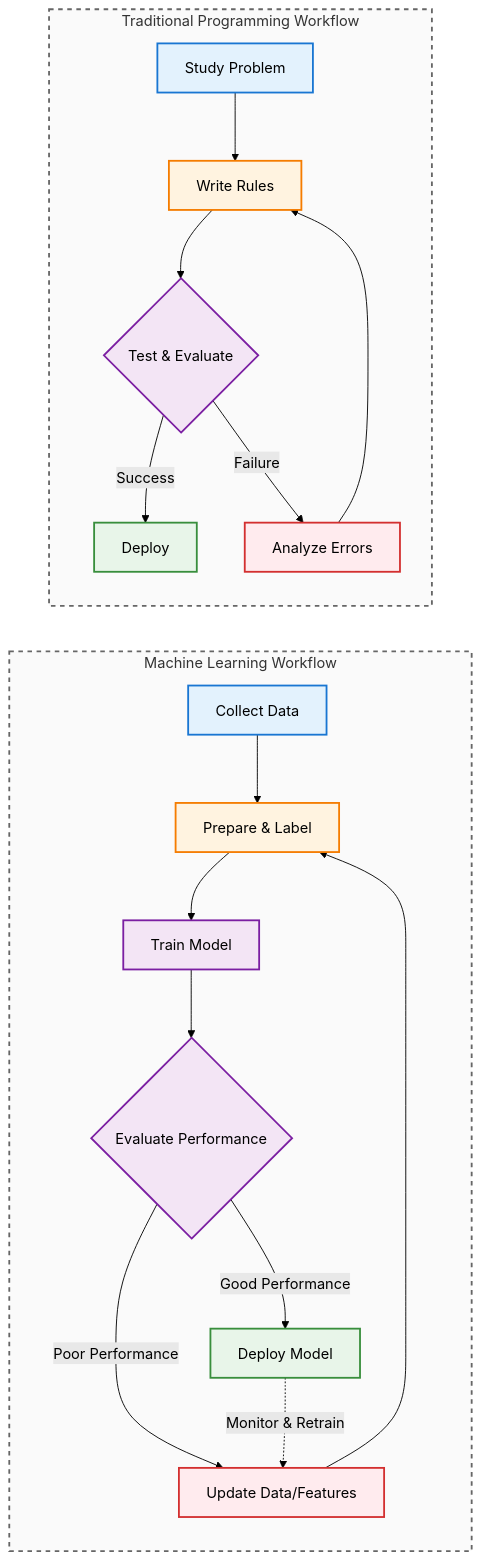
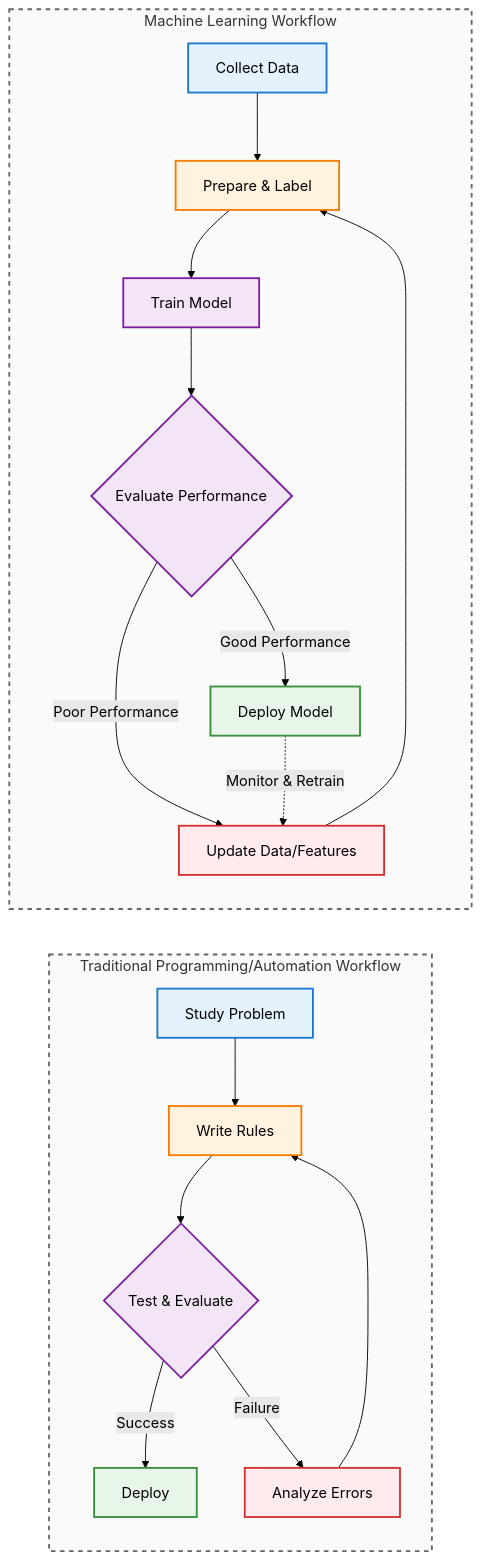
One commit to ravijoshi1810/codifyme changed the diagram in _series/journey-automation-to-AI/2025-12-26-series-1-chapter-1-1-what-is-ai-really.md. Above: the diagram before and after it, drawn with Mermaid (forest theme). The commit also changed other lines of this file and 7 other files, not shown here.

````diff
--- a/_series/journey-automation-to-AI/2025-12-26-series-1-chapter-1-1-what-is-ai-really.md
+++ b/_series/journey-automation-to-AI/2025-12-26-series-1-chapter-1-1-what-is-ai-really.md
@@ -229,37 +103,37 @@
 ```mermaid
 flowchart LR
+    subgraph prog["Traditional Programming/Automation Workflow"]
+        direction TB
+        P1[Study Problem] --> P2[Write Rules]
+        P2 --> P3{Test & Evaluate}
+        P3 -->|Success| P4[Deploy]
+        P3 -->|Failure| P5[Analyze Errors]
+        P5 --> P2
+        
+        style P1 fill:#e3f2fd,stroke:#1976d2,stroke-width:2px
+        style P2 fill:#fff3e0,stroke:#f57c00,stroke-width:2px
+        style P3 fill:#f3e5f5,stroke:#7b1fa2,stroke-width:2px
+        style P4 fill:#e8f5e9,stroke:#388e3c,stroke-width:2px
+        style P5 fill:#ffebee,stroke:#d32f2f,stroke-width:2px
+    end
     subgraph ml["Machine Learning Workflow"]
         direction TB
         M1[Collect Data] --> M2[Prepare & Label]
         M2 --> M3[Train Model]
         M3 --> M4{Evaluate Performance}
         M4 -->|Good Performance| M5[Deploy Model]
         M4 -->|Poor Performance| M6[Update Data/Features]
         M6 --> M2
         M5 -.->|Monitor & Retrain| M6
         
         style M1 fill:#e3f2fd,stroke:#1976d2,stroke-width:2px
         style M2 fill:#fff3e0,stroke:#f57c00,stroke-width:2px
         style M3 fill:#f3e5f5,stroke:#7b1fa2,stroke-width:2px
         style M4 fill:#f3e5f5,stroke:#7b1fa2,stroke-width:2px
         style M5 fill:#e8f5e9,stroke:#388e3c,stroke-width:2px
         style M6 fill:#ffebee,stroke:#d32f2f,stroke-width:2px
     end
-    subgraph prog["Traditional Programming Workflow"]
-        direction TB
-        P1[Study Problem] --> P2[Write Rules]
-        P2 --> P3{Test & Evaluate}
-        P3 -->|Success| P4[Deploy]
-        P3 -->|Failure| P5[Analyze Errors]
-        P5 --> P2
-        
-        style P1 fill:#e3f2fd,stroke:#1976d2,stroke-width:2px
-        style P2 fill:#fff3e0,stroke:#f57c00,stroke-width:2px
-        style P3 fill:#f3e5f5,stroke:#7b1fa2,stroke-width:2px
-        style P4 fill:#e8f5e9,stroke:#388e3c,stroke-width:2px
-        style P5 fill:#ffebee,stroke:#d32f2f,stroke-width:2px
-    end
     
     style prog fill:#fafafa,stroke:#666,stroke-width:2px,stroke-dasharray: 5 5
     style ml fill:#fafafa,stroke:#666,stroke-width:2px,stroke-dasharray: 5 5
 ```
````
